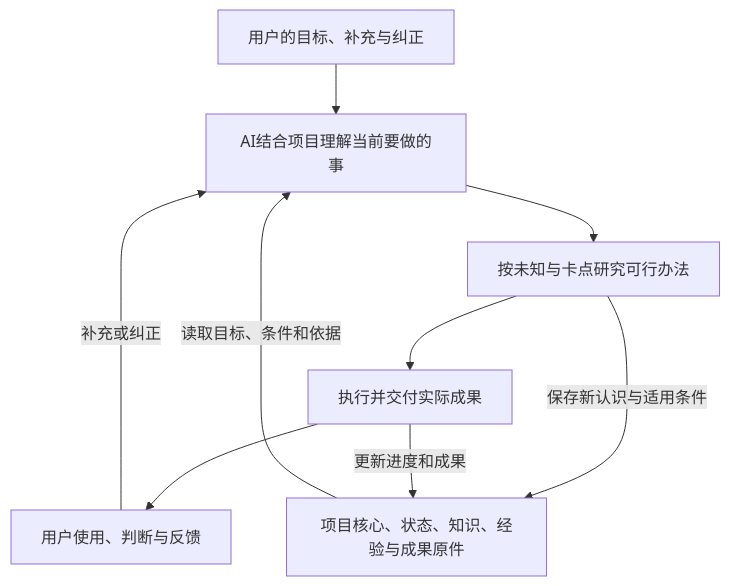
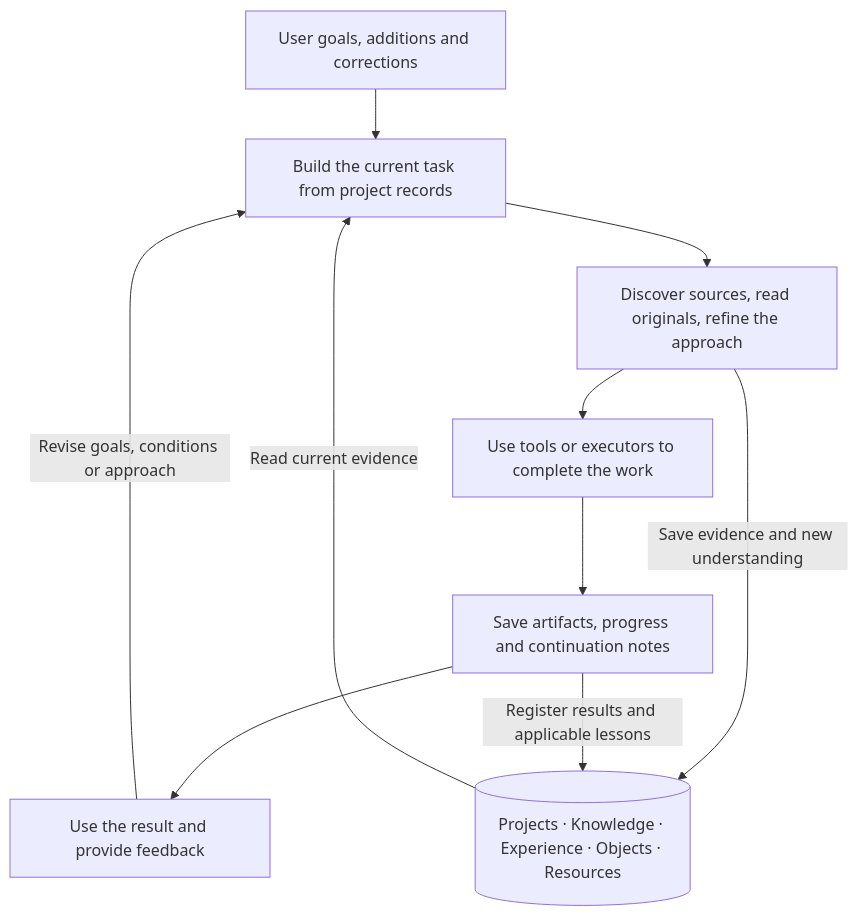
Before and after one commit to hdrtfhyrs/aimrail-for-codex: the diagram in README.md, drawn with Mermaid. The commit also changed other lines of this file and 109 other files, not shown here.

````diff
--- a/README.md
+++ b/README.md
@@ -11,11 +34,12 @@
 ```mermaid
 flowchart TD
-    U[用户的目标、补充与纠正] --> A[AI结合项目理解当前要做的事]
-    A --> R[按未知与卡点研究可行办法]
-    R --> E[执行并交付实际成果]
-    E --> F[用户使用、判断与反馈]
-    F -->|补充或纠正| A
-    S[项目核心、状态、知识、经验与成果原件] -->|读取目标、条件和依据| A
-    R -->|保存新认识与适用条件| S
-    E -->|更新进度和成果| S
+  U[User goals, additions and corrections] --> C[Build the current task from project records]
+  C --> R[Discover sources, read originals, refine the approach]
+  R --> X[Use tools or executors to complete the work]
+  X --> A[Save artifacts, progress and continuation notes]
+  A --> F[Use the result and provide feedback]
+  F -->|Revise goals, conditions or approach| C
+  S[(Projects · Knowledge · Experience · Objects · Resources)] -->|Read current evidence| C
+  R -->|Save evidence and new understanding| S
+  A -->|Register results and applicable lessons| S
 ```
````
